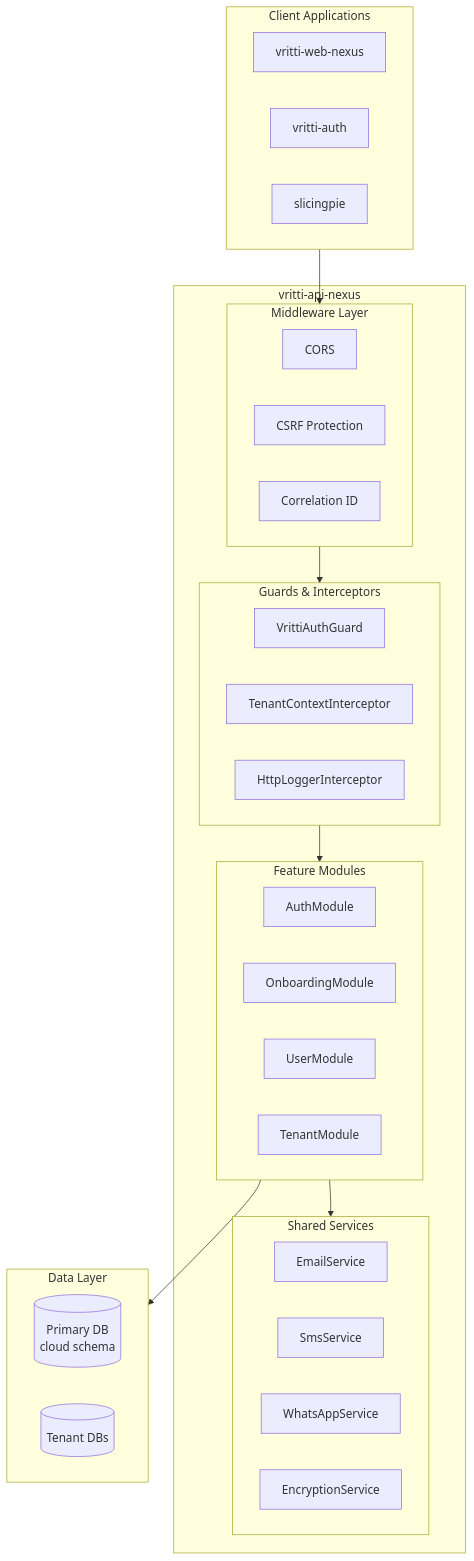
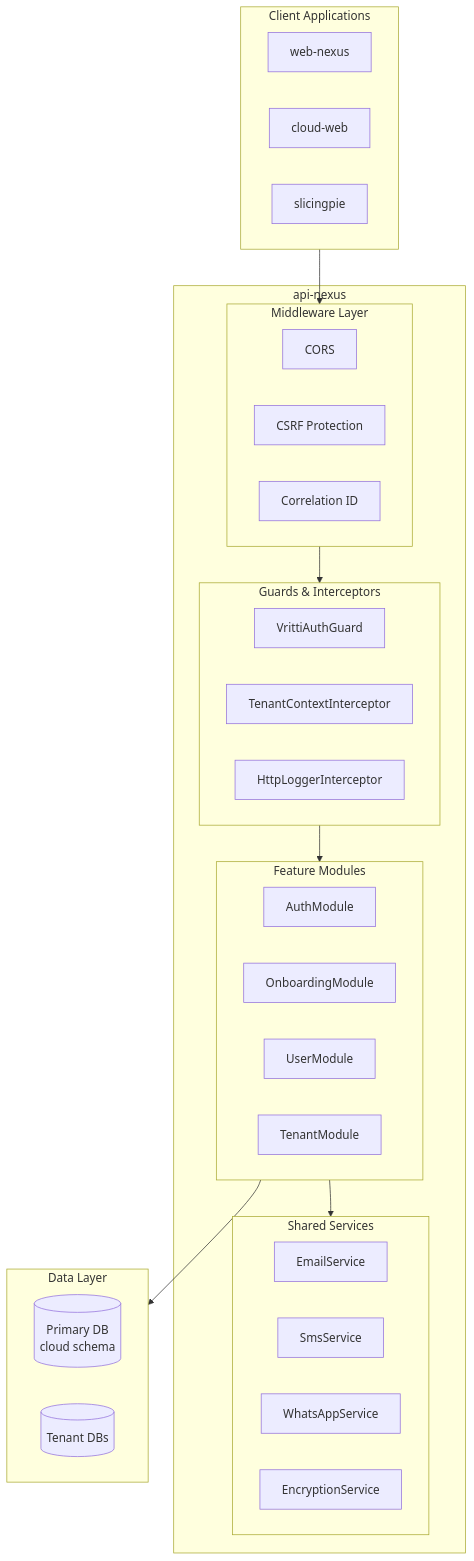
The diagram in projects/api-nexus/overview.mdx (vritti-ai-platforms/developer-docs), drawn with Mermaid before and after one commit. The commit also changed other lines of this file and 11 other files, not shown here.

First line of the commit message:
refactor: update project name and micro-frontend references in web-nexus documentation

````diff
--- a/projects/api-nexus/overview.mdx
+++ b/projects/api-nexus/overview.mdx
@@ -22,47 +22,47 @@
 ```mermaid
 flowchart TB
     subgraph Clients["Client Applications"]
-        Web["vritti-web-nexus"]
-        Auth["vritti-auth"]
+        Web["web-nexus"]
+        CloudWeb["cloud-web"]
         Admin["slicingpie"]
     end
 
-    subgraph API["vritti-api-nexus"]
+    subgraph API["api-nexus"]
         subgraph Middleware["Middleware Layer"]
             CORS["CORS"]
             CSRF["CSRF Protection"]
             CID["Correlation ID"]
         end
 
         subgraph Guards["Guards & Interceptors"]
             AuthGuard["VrittiAuthGuard"]
             TenantInt["TenantContextInterceptor"]
             LogInt["HttpLoggerInterceptor"]
         end
 
         subgraph Modules["Feature Modules"]
             AuthMod["AuthModule"]
             OnboardMod["OnboardingModule"]
             UserMod["UserModule"]
             TenantMod["TenantModule"]
         end
 
         subgraph Services["Shared Services"]
             Email["EmailService"]
             SMS["SmsService"]
             WhatsApp["WhatsAppService"]
             Encrypt["EncryptionService"]
         end
     end
 
     subgraph Database["Data Layer"]
         Primary[("Primary DB<br/>cloud schema")]
         Tenant[("Tenant DBs")]
     end
 
     Clients --> Middleware
     Middleware --> Guards
     Guards --> Modules
     Modules --> Services
     Modules --> Database
 ```
````
